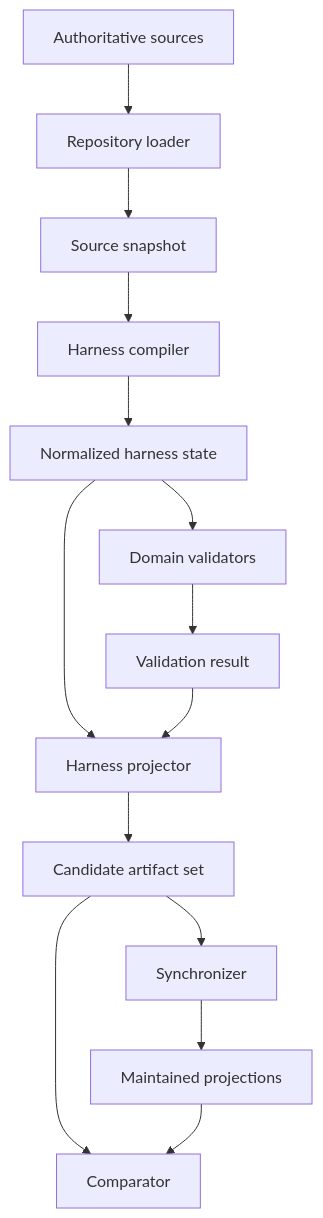
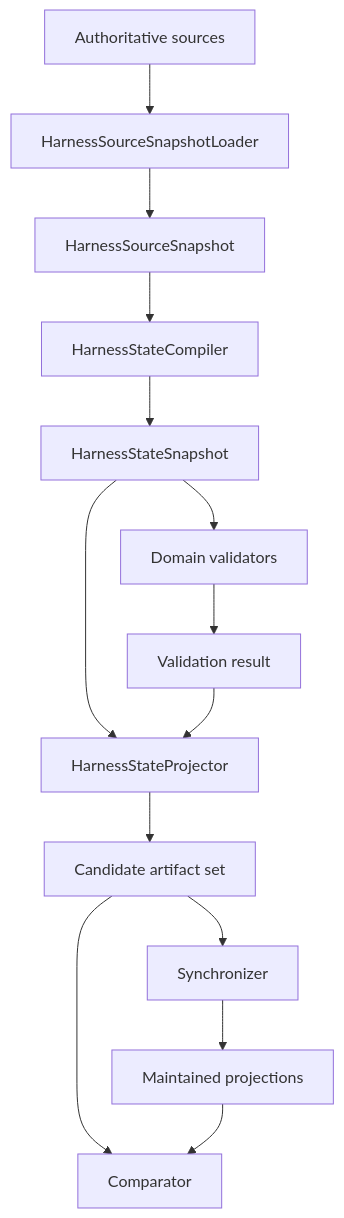
One commit to eragasa/ksdft2effmass changed the first of 6 diagrams in docs/architecture/v2/harness/compiler-architecture.md. Above: the diagram before and after it, drawn with Mermaid. The commit also changed other lines of this file and 85 other files, not shown here.

Commit message:
docs(architecture): define workflow and harness agent v2

````diff
--- a/docs/architecture/v2/harness/compiler-architecture.md
+++ b/docs/architecture/v2/harness/compiler-architecture.md
@@ -17,29 +19,29 @@
 ```mermaid
 flowchart TD
     sources["Authoritative sources"]
-    loader["Repository loader"]
-    snapshot["Source snapshot"]
-    compiler["Harness compiler"]
-    state["Normalized harness state"]
+    loader["HarnessSourceSnapshotLoader"]
+    snapshot["HarnessSourceSnapshot"]
+    compiler["HarnessStateCompiler"]
+    state["HarnessStateSnapshot"]
     validators["Domain validators"]
     validation["Validation result"]
-    projector["Harness projector"]
+    projector["HarnessStateProjector"]
     artifacts["Candidate artifact set"]
     synchronizer["Synchronizer"]
     comparator["Comparator"]
     maintained["Maintained projections"]
 
     sources --> loader
     loader --> snapshot
     snapshot --> compiler
     compiler --> state
     state --> validators
     validators --> validation
     state --> projector
     validation --> projector
     projector --> artifacts
     artifacts --> synchronizer
     artifacts --> comparator
     synchronizer --> maintained
     maintained --> comparator
 ```
````
